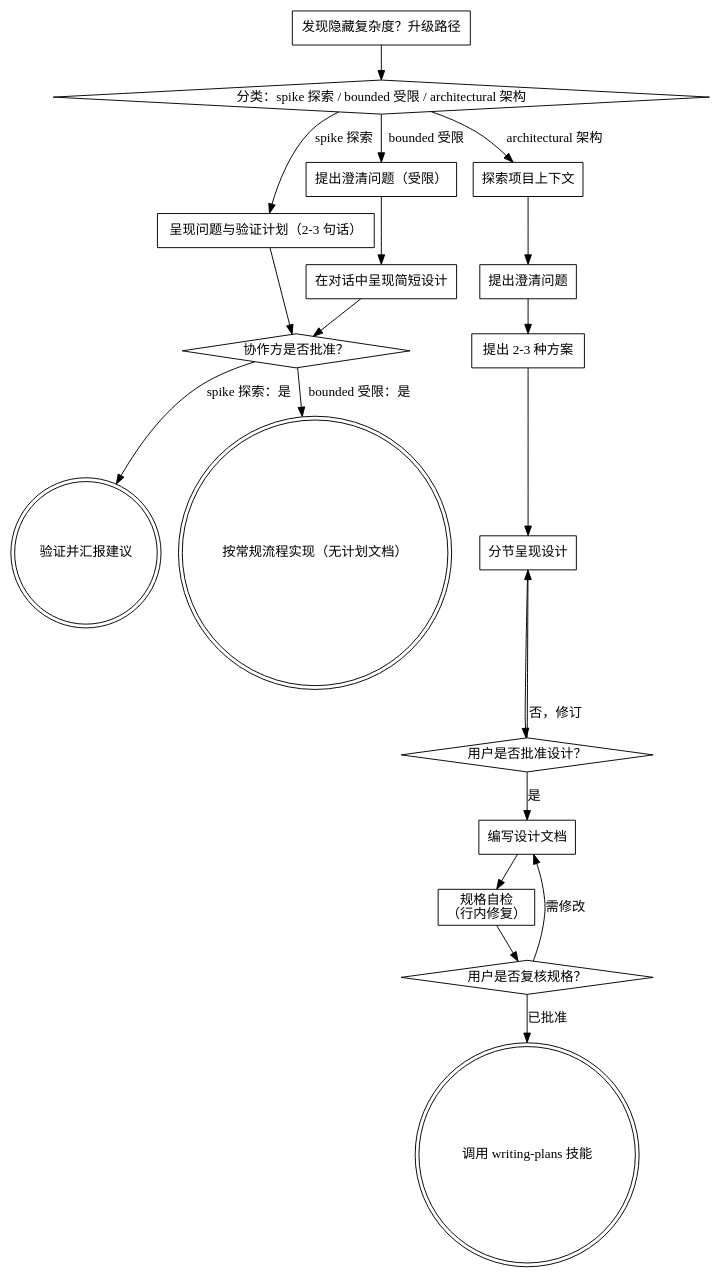
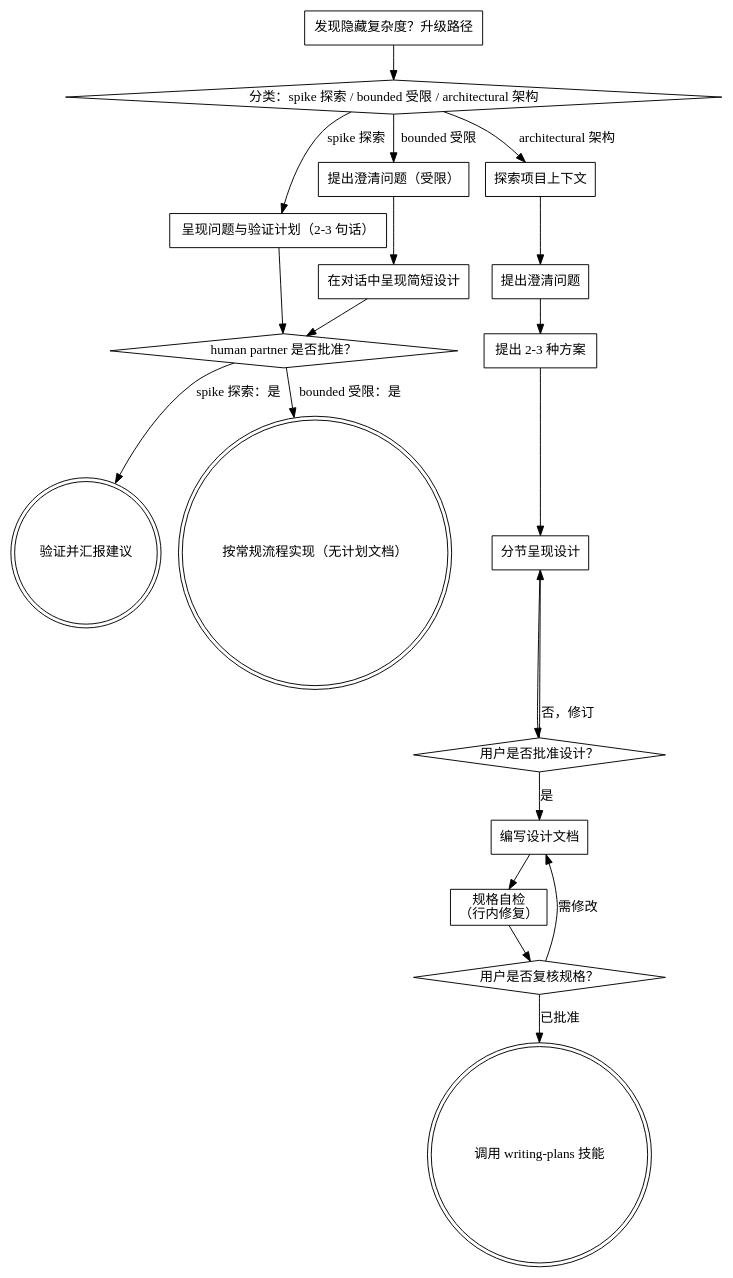
The diagram in skills/brainstorming/SKILL.md (Wenaixi/dsh-superpower), drawn with Graphviz before and after one commit. The commit also changed other lines of this file and 57 other files, not shown here.

````diff
--- a/skills/brainstorming/SKILL.md
+++ b/skills/brainstorming/SKILL.md
@@ -89,41 +89,41 @@
 ```dot
 digraph brainstorming {
     "分类：spike 探索 / bounded 受限 / architectural 架构" [shape=diamond];
     "呈现问题与验证计划（2-3 句话）" [shape=box];
     "提出澄清问题（受限）" [shape=box];
     "在对话中呈现简短设计" [shape=box];
-    "协作方是否批准？" [shape=diamond];
+    "human partner 是否批准？" [shape=diamond];
     "验证并汇报建议" [shape=doublecircle];
     "按常规流程实现（无计划文档）" [shape=doublecircle];
     "探索项目上下文" [shape=box];
     "提出澄清问题" [shape=box];
     "提出 2-3 种方案" [shape=box];
     "分节呈现设计" [shape=box];
     "用户是否批准设计？" [shape=diamond];
     "编写设计文档" [shape=box];
     "规格自检\n（行内修复）" [shape=box];
     "用户是否复核规格？" [shape=diamond];
     "调用 writing-plans 技能" [shape=doublecircle];
     "发现隐藏复杂度？升级路径" [shape=box];
 
     "分类：spike 探索 / bounded 受限 / architectural 架构" -> "呈现问题与验证计划（2-3 句话）" [label="spike 探索"];
     "分类：spike 探索 / bounded 受限 / architectural 架构" -> "提出澄清问题（受限）" [label="bounded 受限"];
     "分类：spike 探索 / bounded 受限 / architectural 架构" -> "探索项目上下文" [label="architectural 架构"];
-    "呈现问题与验证计划（2-3 句话）" -> "协作方是否批准？";
+    "呈现问题与验证计划（2-3 句话）" -> "human partner 是否批准？";
     "提出澄清问题（受限）" -> "在对话中呈现简短设计";
-    "在对话中呈现简短设计" -> "协作方是否批准？";
-    "协作方是否批准？" -> "验证并汇报建议" [label="spike 探索：是"];
-    "协作方是否批准？" -> "按常规流程实现（无计划文档）" [label="bounded 受限：是"];
+    "在对话中呈现简短设计" -> "human partner 是否批准？";
+    "human partner 是否批准？" -> "验证并汇报建议" [label="spike 探索：是"];
+    "human partner 是否批准？" -> "按常规流程实现（无计划文档）" [label="bounded 受限：是"];
     "发现隐藏复杂度？升级路径" -> "分类：spike 探索 / bounded 受限 / architectural 架构";
     "探索项目上下文" -> "提出澄清问题";
     "提出澄清问题" -> "提出 2-3 种方案";
     "提出 2-3 种方案" -> "分节呈现设计";
     "分节呈现设计" -> "用户是否批准设计？";
     "用户是否批准设计？" -> "分节呈现设计" [label="否，修订"];
     "用户是否批准设计？" -> "编写设计文档" [label="是"];
     "编写设计文档" -> "规格自检\n（行内修复）";
     "规格自检\n（行内修复）" -> "用户是否复核规格？";
     "用户是否复核规格？" -> "编写设计文档" [label="需修改"];
     "用户是否复核规格？" -> "调用 writing-plans 技能" [label="已批准"];
 }
 ```
````
